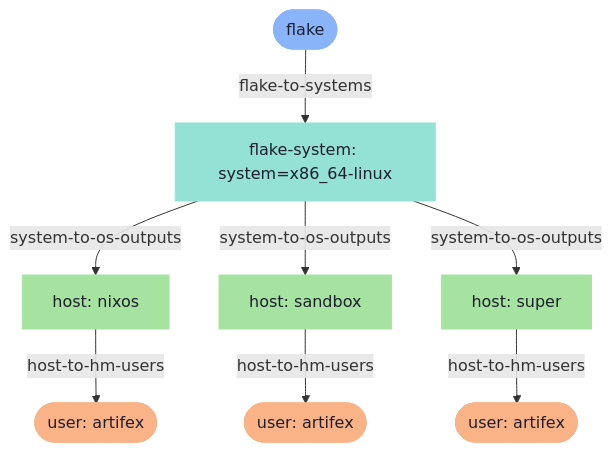
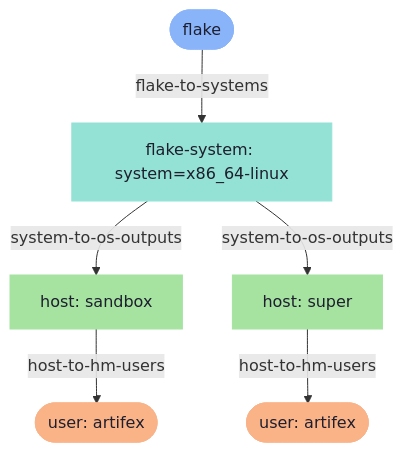
One commit to directormac/dotfiles changed the second of 4 diagrams in TOPOLOGY.md. Above: the diagram before and after it, drawn with Mermaid. The commit also changed other lines of this file and 18 other files, not shown here.

Commit message:
feat(hosts): retire legacy nixos host and migration docs

````diff
--- a/TOPOLOGY.md
+++ b/TOPOLOGY.md
@@ -42,28 +36,22 @@
 ```mermaid
 graph TD
   flake(["flake"])
-  host_nixos_system_x86_64_linux["host: nixos"]
-  host_nixos_system_x86_64_linux_user_artifex(["user: artifex"])
   host_sandbox_system_x86_64_linux["host: sandbox"]
   host_sandbox_system_x86_64_linux_user_artifex(["user: artifex"])
   host_super_system_x86_64_linux["host: super"]
   host_super_system_x86_64_linux_user_artifex(["user: artifex"])
   system_x86_64_linux["flake-system: system=x86_64-linux"]
 
-  system_x86_64_linux -->|system-to-os-outputs| host_nixos_system_x86_64_linux
-  host_nixos_system_x86_64_linux -->|host-to-hm-users| host_nixos_system_x86_64_linux_user_artifex
   system_x86_64_linux -->|system-to-os-outputs| host_sandbox_system_x86_64_linux
   host_sandbox_system_x86_64_linux -->|host-to-hm-users| host_sandbox_system_x86_64_linux_user_artifex
   system_x86_64_linux -->|system-to-os-outputs| host_super_system_x86_64_linux
   host_super_system_x86_64_linux -->|host-to-hm-users| host_super_system_x86_64_linux_user_artifex
   flake -->|flake-to-systems| system_x86_64_linux
 
   style flake fill:#89b4fa,stroke:#89b4fa,color:#1e1e2e
-  style host_nixos_system_x86_64_linux fill:#a6e3a1,stroke:#a6e3a1,color:#1e1e2e
-  style host_nixos_system_x86_64_linux_user_artifex fill:#fab387,stroke:#fab387,color:#1e1e2e
   style host_sandbox_system_x86_64_linux fill:#a6e3a1,stroke:#a6e3a1,color:#1e1e2e
   style host_sandbox_system_x86_64_linux_user_artifex fill:#fab387,stroke:#fab387,color:#1e1e2e
   style host_super_system_x86_64_linux fill:#a6e3a1,stroke:#a6e3a1,color:#1e1e2e
   style host_super_system_x86_64_linux_user_artifex fill:#fab387,stroke:#fab387,color:#1e1e2e
   style system_x86_64_linux fill:#94e2d5,stroke:#94e2d5,color:#1e1e2e
 ```
````
